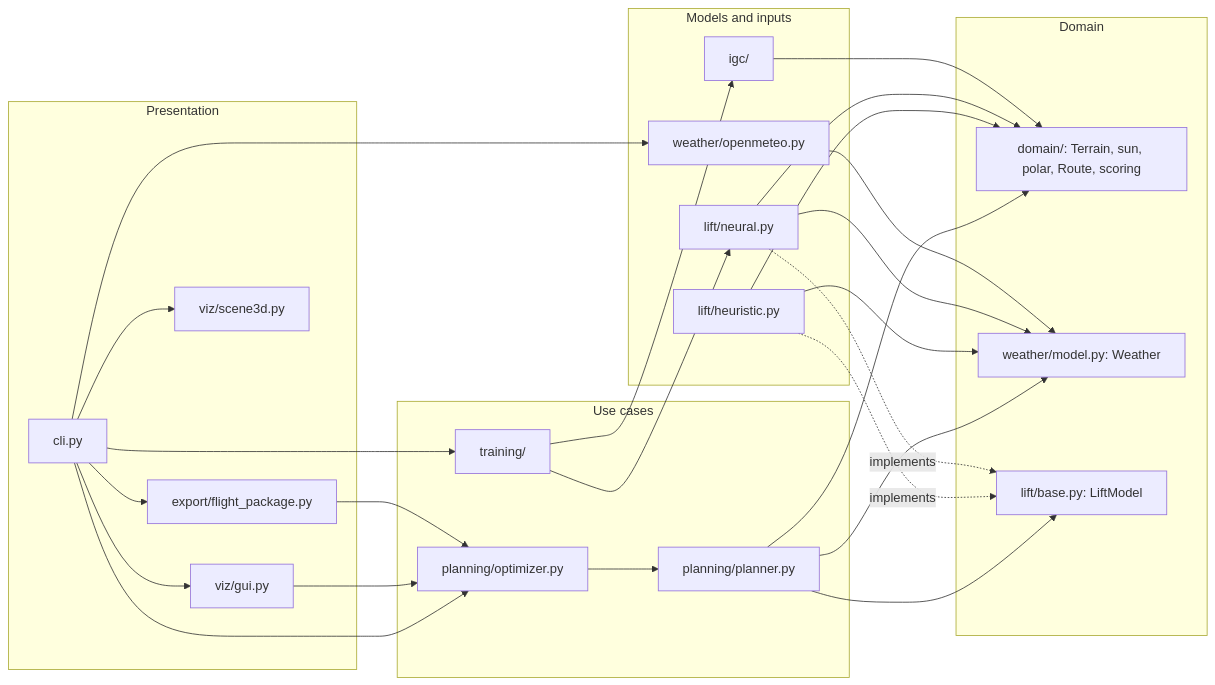
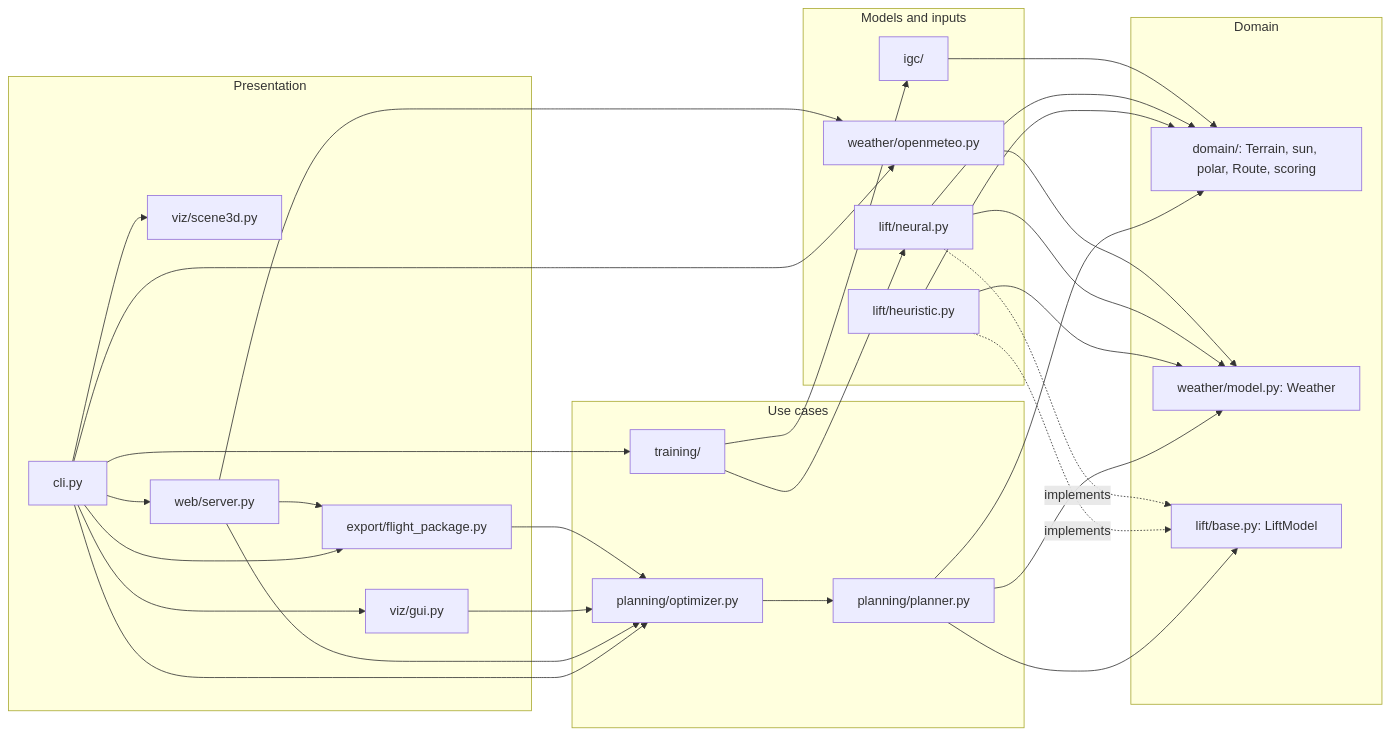
Before and after one commit to KillianKop/cheminee: the diagram in docs/architecture.md, drawn with Mermaid. The commit also changed other lines of this file and 3 other files, not shown here.

````diff
--- a/docs/architecture.md
+++ b/docs/architecture.md
@@ -5,37 +5,39 @@
 ```mermaid
 flowchart LR
     subgraph presentation [Presentation]
         cli[cli.py]
         gui[viz/gui.py]
         s3d[viz/scene3d.py]
         exp[export/flight_package.py]
+        web[web/server.py]
     end
     subgraph usecases [Use cases]
         opt[planning/optimizer.py]
         planner[planning/planner.py]
         training[training/]
     end
     subgraph adapters [Models and inputs]
         heur[lift/heuristic.py]
         neural[lift/neural.py]
         igc[igc/]
         om[weather/openmeteo.py]
     end
     subgraph domain [Domain]
         dom[domain/: Terrain, sun, polar, Route, scoring]
         wx[weather/model.py: Weather]
         proto[lift/base.py: LiftModel]
     end
-    cli --> gui & s3d & exp & opt & training & om
+    cli --> gui & s3d & exp & opt & training & om & web
+    web --> opt & exp & om
     gui --> opt
     exp --> opt
     opt --> planner
     planner --> proto & dom & wx
     training --> igc & neural
     heur --> dom & wx
     neural --> dom & wx
     igc --> dom
     om --> wx
     heur -. implements .-> proto
     neural -. implements .-> proto
 ```
````
